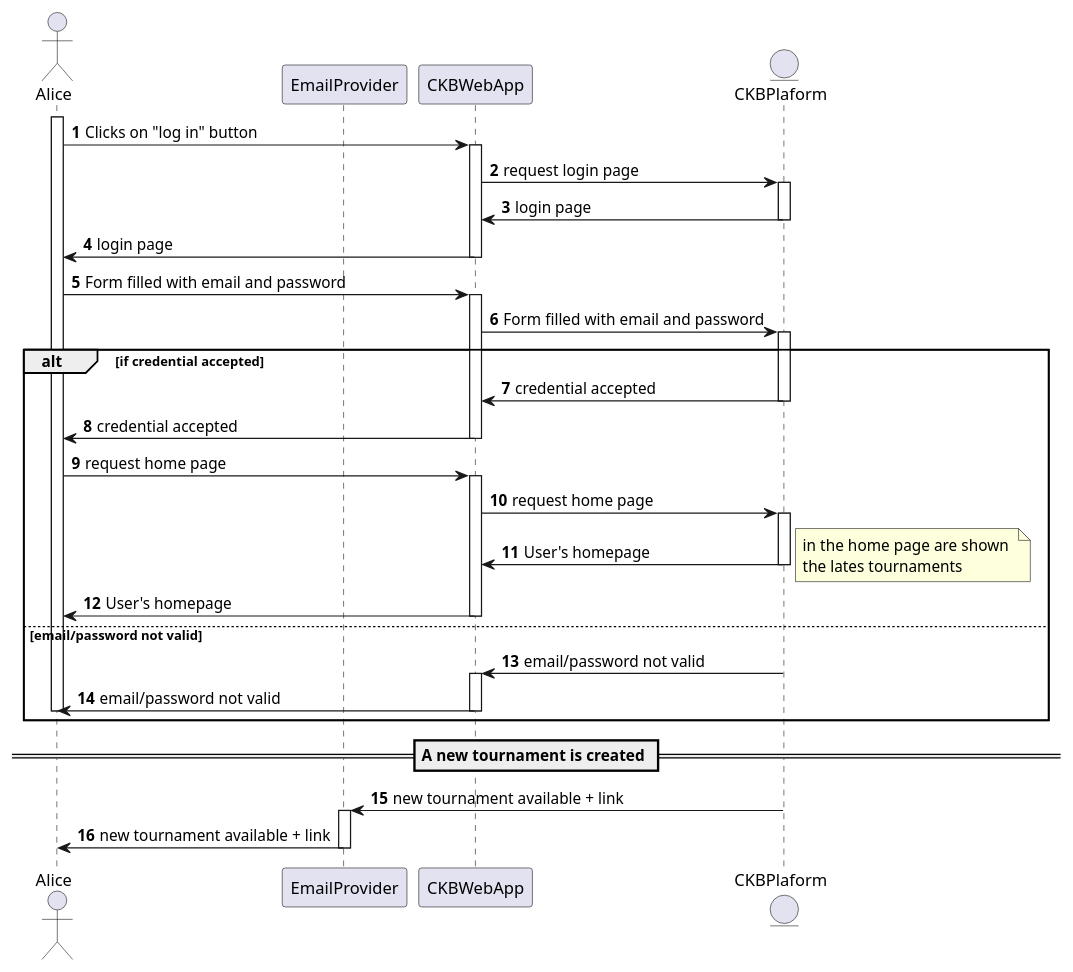
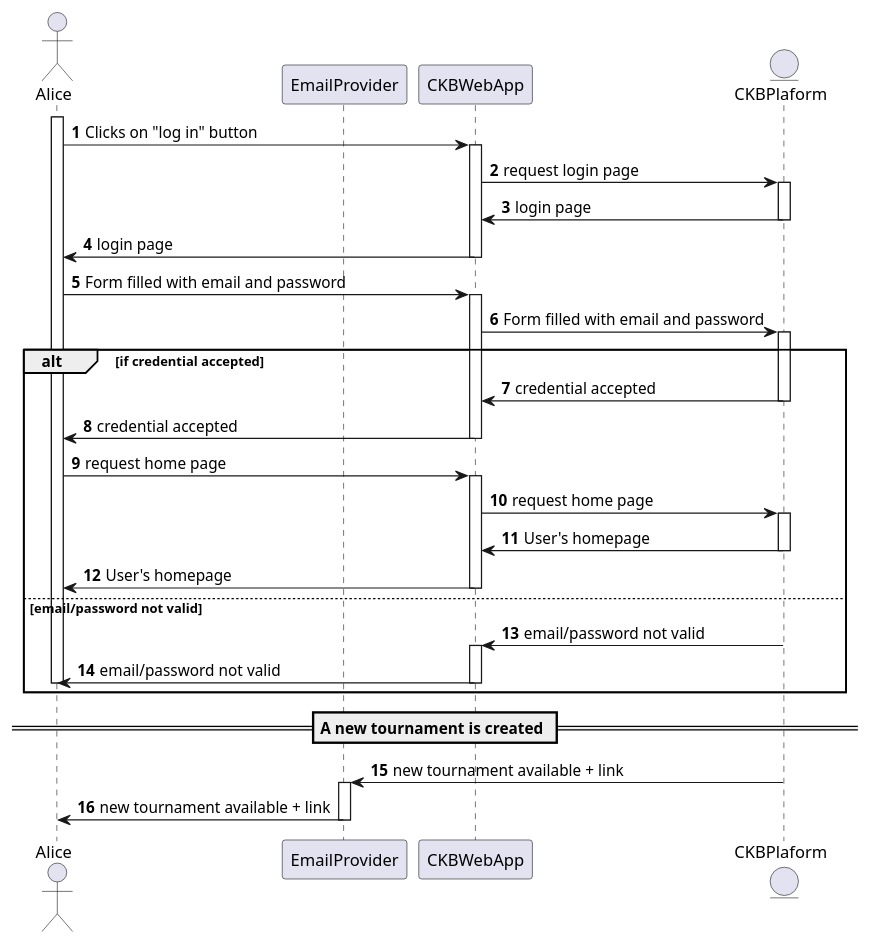
The diagram in _RASD/Images/UML/sequenceDiagram/sequenceDiagramUC2.wsd (Angelo7672/SE2_Requirement-and-Design-Document), drawn with PlantUML before and after one commit. The commit also changed 6 other files, not shown here.

Commit message:
sequence diagram fix

```diff
--- a/_RASD/Images/UML/sequenceDiagram/sequenceDiagramUC2.wsd
+++ b/_RASD/Images/UML/sequenceDiagram/sequenceDiagramUC2.wsd
@@ -1,60 +1,56 @@
 @startuml
 
 autonumber
 
 actor Alice
 participant EmailProvider as Email
 participant CKBWebApp as App
 entity CKBPlaform as Platform
 
 activate Alice
 Alice -> App: Clicks on "log in" button
 activate App
 App -> Platform: request login page
 activate Platform
 Platform -> App: login page
 deactivate Platform
 App -> Alice: login page
 deactivate App
 Alice -> App: Form filled with email and password
 activate App
 App -> Platform: Form filled with email and password
 activate Platform
 
 alt if credential accepted
     Platform -> App: credential accepted
     deactivate Platform
     App -> Alice: credential accepted
     deactivate App
     Alice -> App: request home page
     activate App
     App -> Platform: request home page
     activate Platform
     Platform -> App: User's homepage
     deactivate Platform
-    note right
-        in the home page are shown 
-        the lates tournaments
-    end note
     App -> Alice: User's homepage
     deactivate App
 else email/password not valid
     Platform -> App: email/password not valid
     deactivate Platform
     activate App
     App -> Alice: email/password not valid
     deactivate App
     deactivate Alice
 end
 
 
 
 
 
 == A new tournament is created ==
 Platform -> Email: new tournament available + link
 activate Email
 Email -> Alice: new tournament available + link
 deactivate Email
 
 @enduml
```
